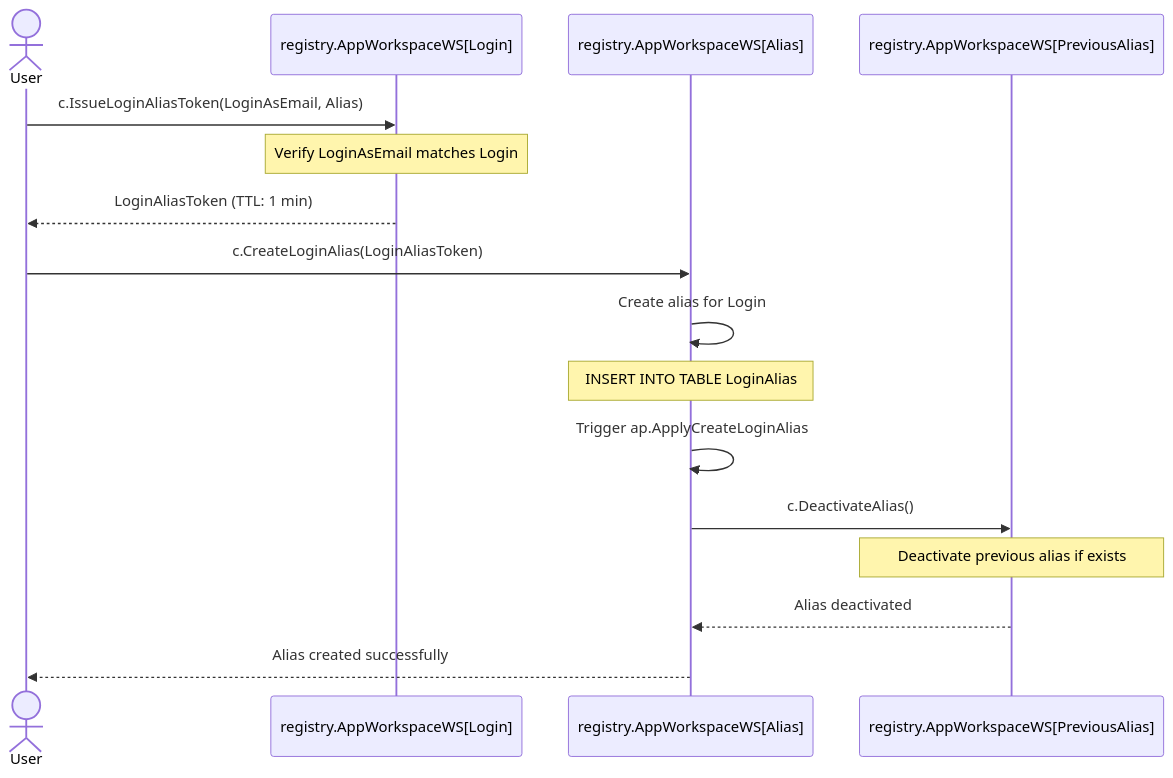
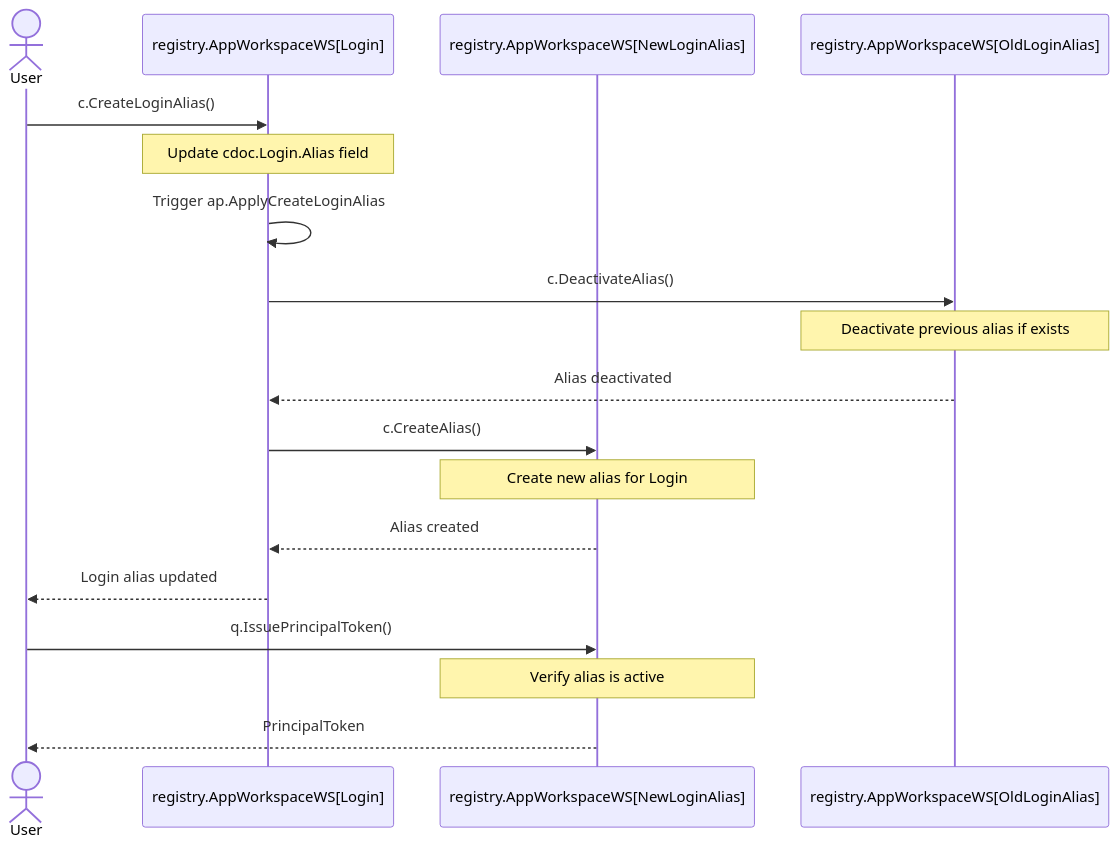
Before and after one commit to voedger/voedger-internals: the diagram in server/users/users-alias.md, drawn with Mermaid. The commit also changed other lines of this file, not shown here.

Commit message:
fix: update login alias creation process and related sequence diagram

````diff
--- a/server/users/users-alias.md
+++ b/server/users/users-alias.md
@@ -33,22 +32,25 @@
 ```mermaid
 sequenceDiagram
     actor User
     participant LoginWS as registry.AppWorkspaceWS[Login]
-    participant AliasWS as registry.AppWorkspaceWS[Alias]
-    participant PrevAliasWS as registry.AppWorkspaceWS[PreviousAlias]
+    participant NewAliasWS as registry.AppWorkspaceWS[NewLoginAlias]
+    participant OldAliasWS as registry.AppWorkspaceWS[OldLoginAlias]
     
-    User->>LoginWS: c.IssueLoginAliasToken(LoginAsEmail, Alias)
-    Note over LoginWS: Verify LoginAsEmail matches Login
-    LoginWS-->>User: LoginAliasToken (TTL: 1 min)
+    User->>LoginWS: c.CreateLoginAlias()
+    Note over LoginWS: Update cdoc.Login.Alias field
+    LoginWS->>LoginWS: Trigger ap.ApplyCreateLoginAlias
     
-    User->>AliasWS: c.CreateLoginAlias(LoginAliasToken)
-    AliasWS->>AliasWS: Create alias for Login
-    Note over AliasWS: INSERT INTO TABLE LoginAlias
-    AliasWS->>AliasWS: Trigger ap.ApplyCreateLoginAlias
+    LoginWS->>OldAliasWS: c.DeactivateAlias()
+    Note over OldAliasWS: Deactivate previous alias if exists
+    OldAliasWS-->>LoginWS: Alias deactivated
     
-    AliasWS->>PrevAliasWS: c.DeactivateAlias()
-    Note over PrevAliasWS: Deactivate previous alias if exists
+    LoginWS->>NewAliasWS: c.CreateAlias()
+    Note over NewAliasWS: Create new alias for Login
+    NewAliasWS-->>LoginWS: Alias created
     
-    PrevAliasWS-->>AliasWS: Alias deactivated
-    AliasWS-->>User: Alias created successfully
+    LoginWS-->>User: Login alias updated
+    
+    User->>NewAliasWS: q.IssuePrincipalToken()
+    Note over NewAliasWS: Verify alias is active
+    NewAliasWS-->>User: PrincipalToken
 ```
````
